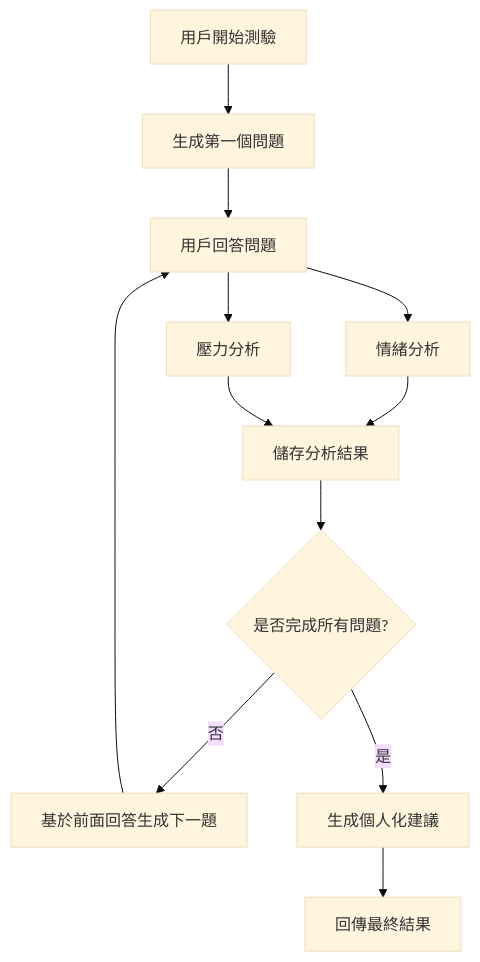
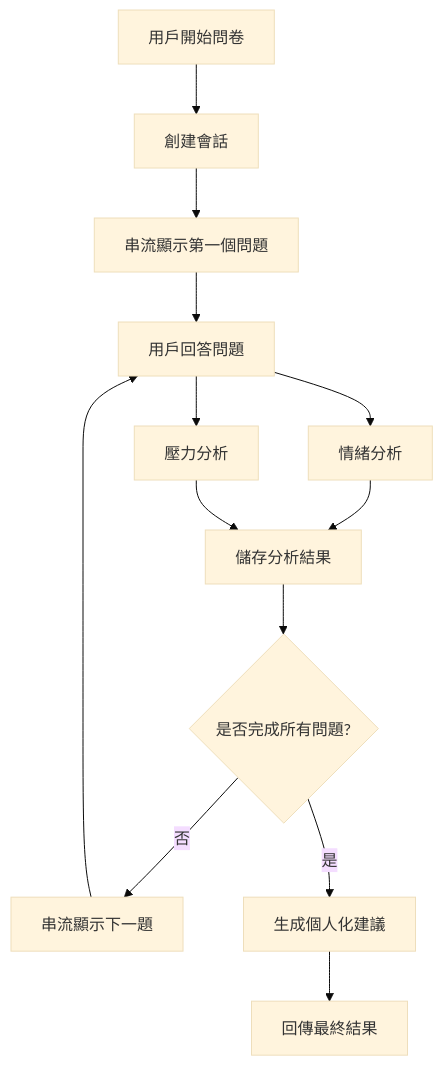
One commit to fintech-studio/psychology changed the diagram in README.md. Above: the diagram before and after it, drawn with Mermaid (base theme). The commit also changed other lines of this file and 18 other files, not shown here.

````diff
--- a/README.md
+++ b/README.md
@@ -126,14 +206,15 @@
 ```mermaid
 graph TD
-    A[用戶開始測驗] --> B[生成第一個問題]
-    B --> C[用戶回答問題]
-    C --> D[情緒分析]
-    C --> E[壓力分析]
-    D --> F[儲存分析結果]
-    E --> F
-    F --> G{是否完成所有問題?}
-    G -->|否| H[基於前面回答生成下一題]
-    H --> C
-    G -->|是| I[生成個人化建議]
-    I --> J[回傳最終結果]
+    A[用戶開始問卷] --> B[創建會話]
+    B --> C[串流顯示第一個問題]
+    C --> D[用戶回答問題]
+    D --> E[情緒分析]
+    D --> F[壓力分析]
+    E --> G[儲存分析結果]
+    F --> G
+    G --> H{是否完成所有問題?}
+    H -->|否| I[串流顯示下一題]
+    I --> D
+    H -->|是| J[生成個人化建議]
+    J --> K[回傳最終結果]
 ```
````
